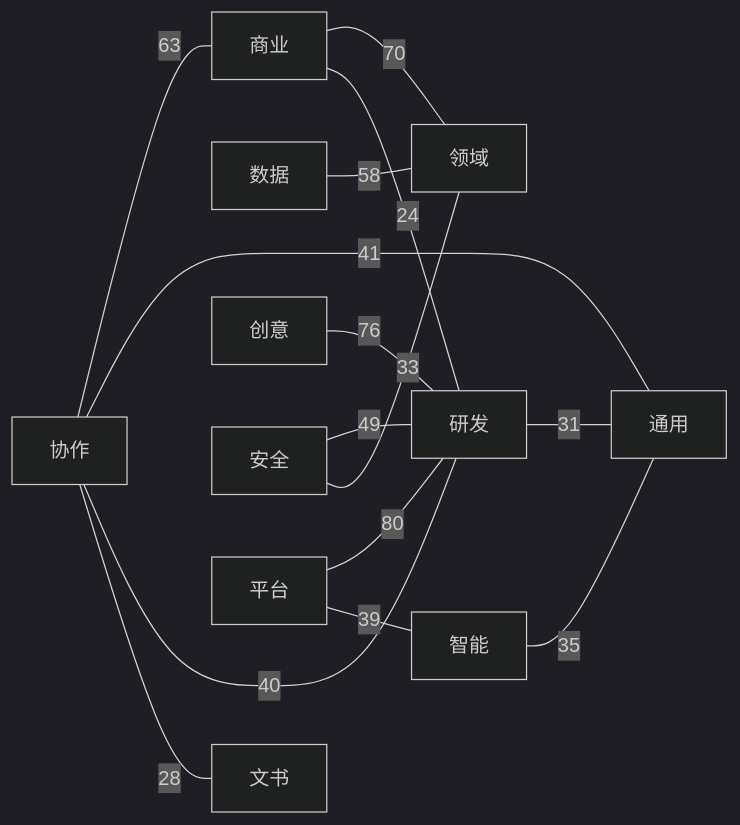
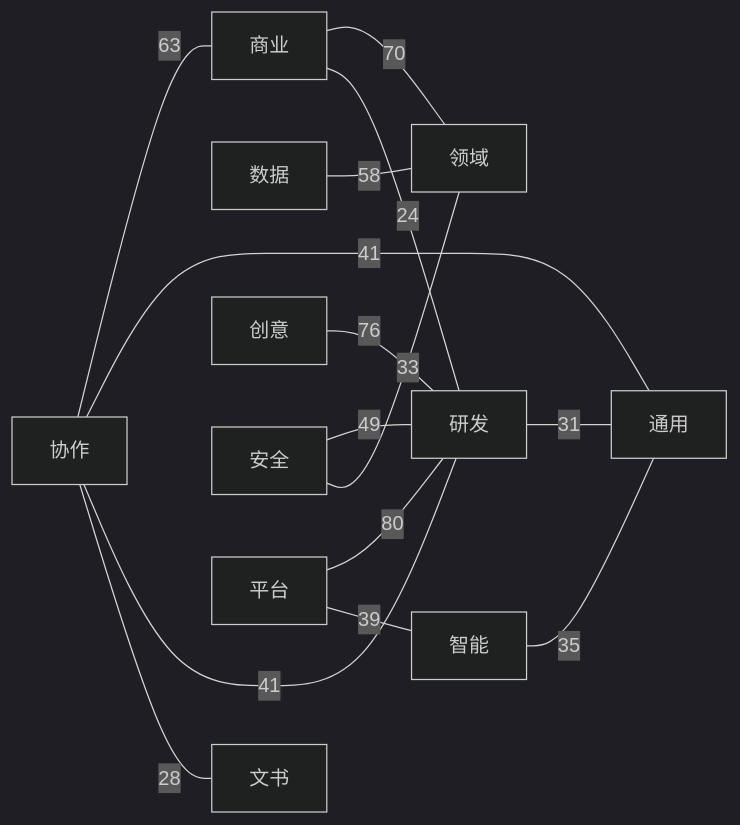
The diagram in INDEX/graph.md (InsightFactoryAPP/everything-skills), drawn with Mermaid (dark theme) before and after one commit. The commit also changed other lines of this file and 14 other files, not shown here.

````diff
--- a/INDEX/graph.md
+++ b/INDEX/graph.md
@@ -15,28 +15,28 @@
 ```mermaid
 graph LR
   通用
   文书
   研发
   数据
   智能
   商业
   创意
   协作
   安全
   领域
   平台
   平台 ---|80| 研发
   创意 ---|76| 研发
   商业 ---|70| 领域
   协作 ---|63| 商业
   数据 ---|58| 领域
   安全 ---|49| 研发
   协作 ---|41| 通用
-  协作 ---|40| 研发
+  协作 ---|41| 研发
   平台 ---|39| 智能
   智能 ---|35| 通用
   安全 ---|33| 领域
   研发 ---|31| 通用
   协作 ---|28| 文书
   商业 ---|24| 研发
 ```
````
